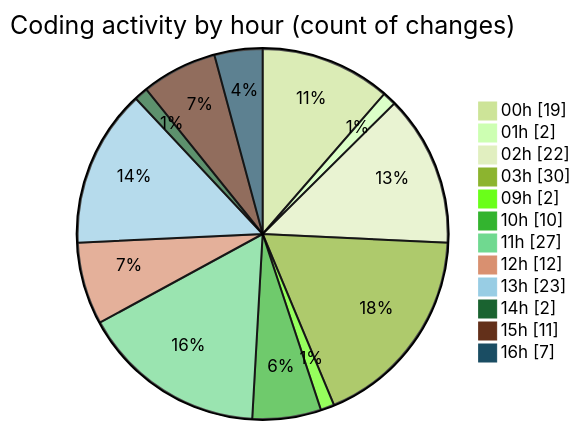
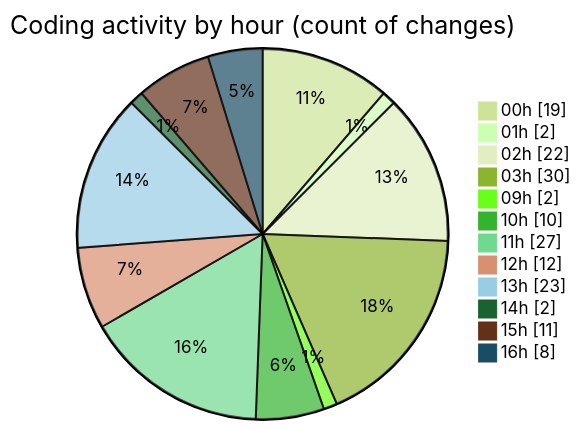
The second of 2 diagrams in 2025-10-21/eventscop-frontend-guide__workspace_/README.md (julien-gomy/code-tracking), drawn with Mermaid (forest theme) before and after one commit. The commit also changed other lines of this file and 1 other file, not shown here.

````diff
--- a/2025-10-21/eventscop-frontend-guide__workspace_/README.md
+++ b/2025-10-21/eventscop-frontend-guide__workspace_/README.md
@@ -59,16 +60,16 @@
 ```mermaid
 pie showData
 title Coding activity by hour (count of changes)
 "00h" : 19
 "01h" : 2
 "02h" : 22
 "03h" : 30
 "09h" : 2
 "10h" : 10
 "11h" : 27
 "12h" : 12
 "13h" : 23
 "14h" : 2
 "15h" : 11
-"16h" : 7
+"16h" : 8
 ```
````
